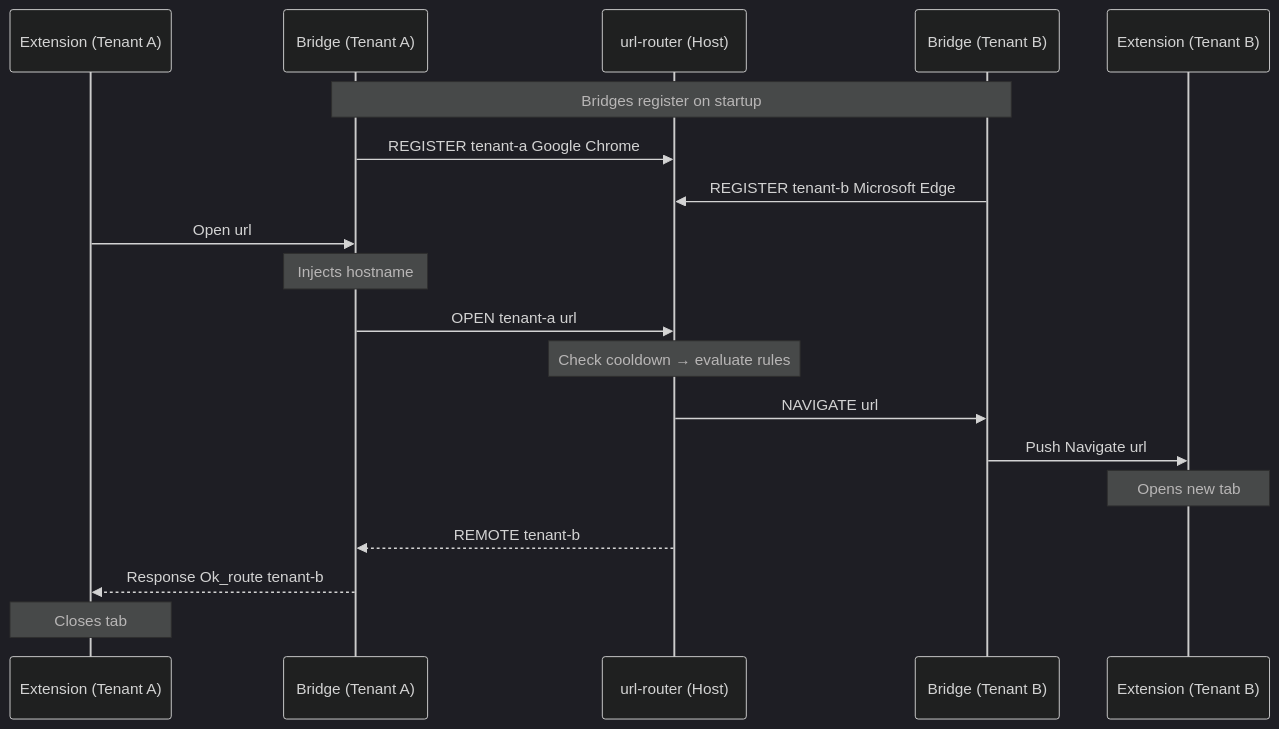
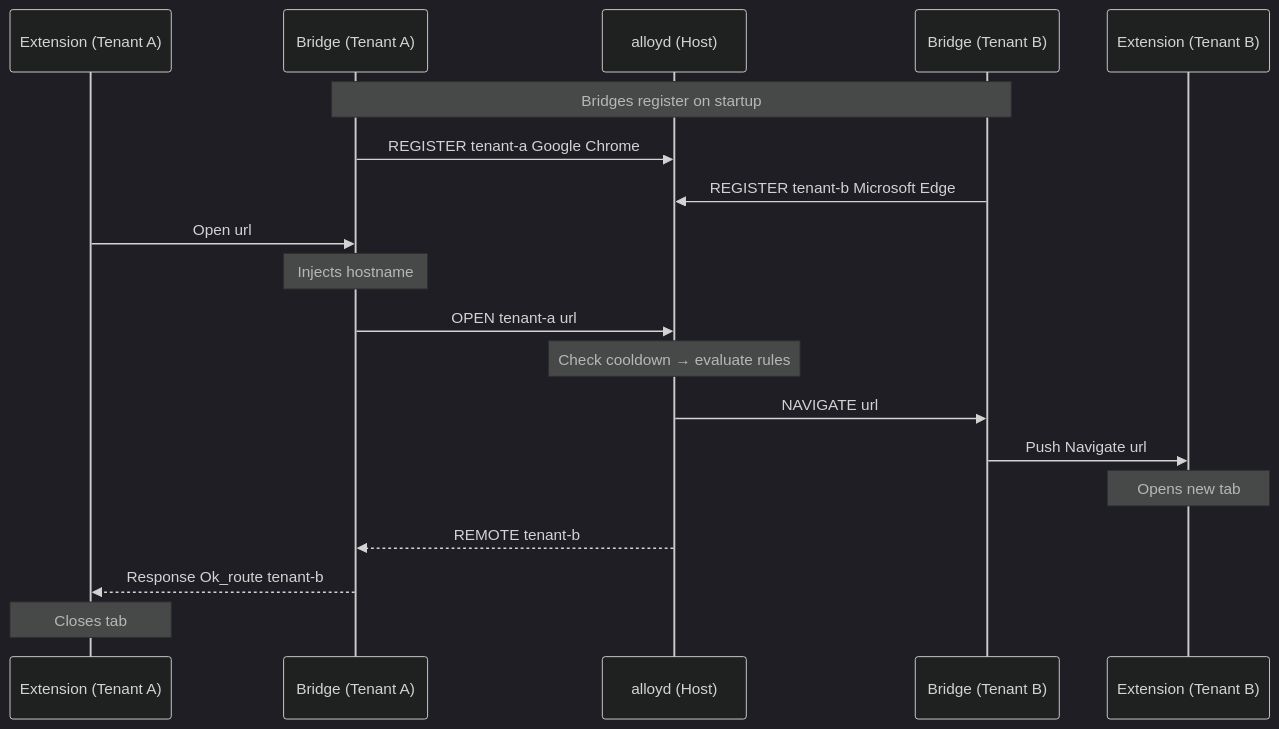
One commit to andersfugmann/multi-tenant changed the second of 2 diagrams in README.md. Above: the diagram before and after it, drawn with Mermaid (dark theme). The commit also changed other lines of this file and 29 other files, not shown here.

````diff
--- a/README.md
+++ b/README.md
@@ -27,26 +27,26 @@
 ```mermaid
 sequenceDiagram
     participant ExtA as Extension (Tenant A)
     participant BridgeA as Bridge (Tenant A)
-    participant Daemon as url-router (Host)
+    participant Daemon as alloyd (Host)
     participant BridgeB as Bridge (Tenant B)
     participant ExtB as Extension (Tenant B)
 
     Note over BridgeA,BridgeB: Bridges register on startup
     BridgeA->>Daemon: REGISTER tenant-a Google Chrome
     BridgeB->>Daemon: REGISTER tenant-b Microsoft Edge
 
     ExtA->>BridgeA: Open url
     Note over BridgeA: Injects hostname
     BridgeA->>Daemon: OPEN tenant-a url
 
     Note over Daemon: Check cooldown → evaluate rules
 
     Daemon->>BridgeB: NAVIGATE url
     BridgeB->>ExtB: Push Navigate url
     Note over ExtB: Opens new tab
 
     Daemon-->>BridgeA: REMOTE tenant-b
     BridgeA-->>ExtA: Response Ok_route tenant-b
     Note over ExtA: Closes tab
 ```
````
